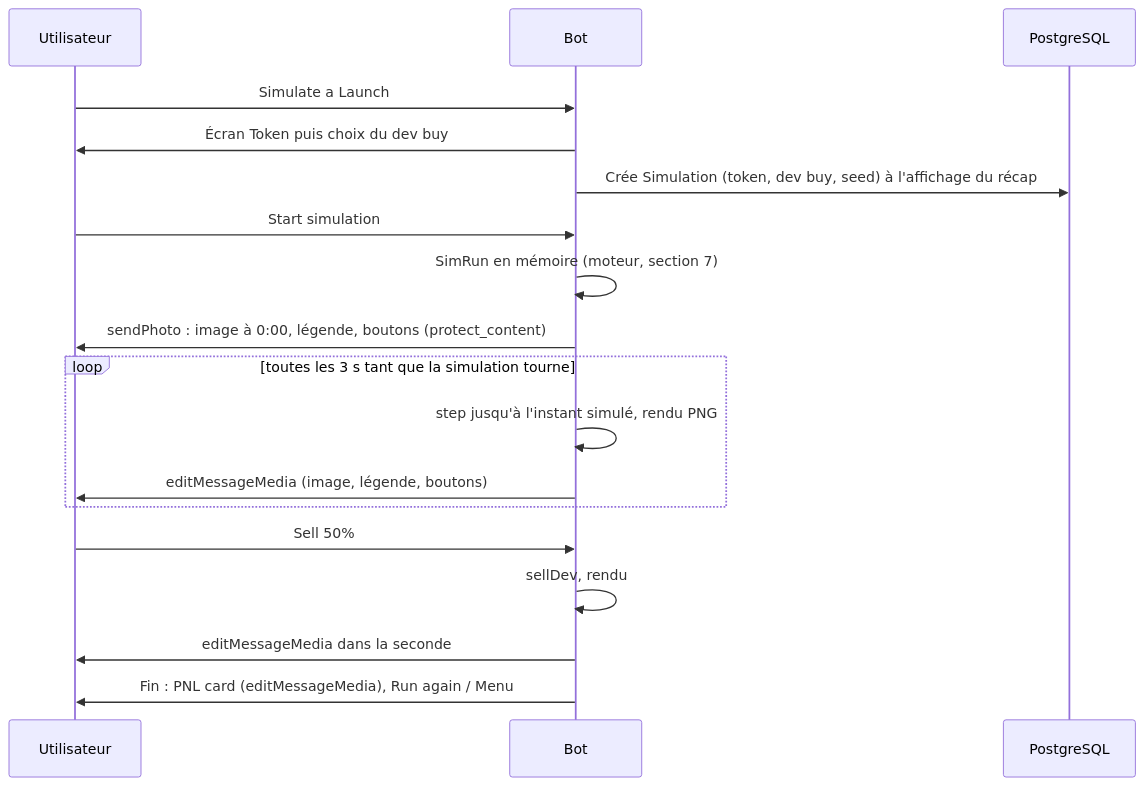
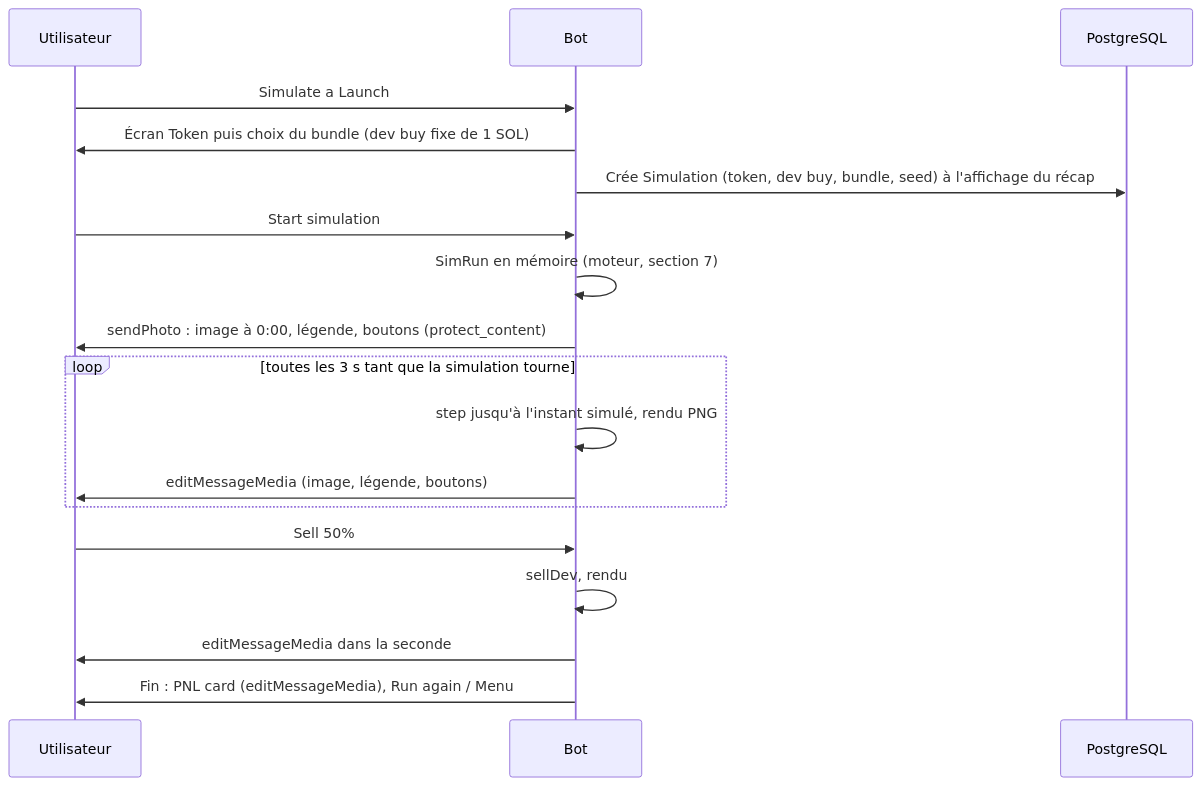
One commit to Tristan-stack/tm-bot changed the diagram in context_bot.md. Above: the diagram before and after it, drawn with Mermaid. The commit also changed other lines of this file and 1 other file, not shown here.

First line of the commit message:
docs(context): fixed dev buy with a bundle (D22), inactive accounts after 24 h

````diff
--- a/context_bot.md
+++ b/context_bot.md
@@ -395,20 +400,20 @@
 ```mermaid
 sequenceDiagram
     participant U as Utilisateur
     participant B as Bot
     participant D as PostgreSQL
     U->>B: Simulate a Launch
-    B->>U: Écran Token puis choix du dev buy
-    B->>D: Crée Simulation (token, dev buy, seed) à l'affichage du récap
+    B->>U: Écran Token puis choix du bundle (dev buy fixe de 1 SOL)
+    B->>D: Crée Simulation (token, dev buy, bundle, seed) à l'affichage du récap
     U->>B: Start simulation
     B->>B: SimRun en mémoire (moteur, section 7)
     B->>U: sendPhoto : image à 0:00, légende, boutons (protect_content)
     loop toutes les 3 s tant que la simulation tourne
         B->>B: step jusqu'à l'instant simulé, rendu PNG
         B->>U: editMessageMedia (image, légende, boutons)
     end
     U->>B: Sell 50%
     B->>B: sellDev, rendu
     B->>U: editMessageMedia dans la seconde
     B->>U: Fin : PNL card (editMessageMedia), Run again / Menu
 ```
````
